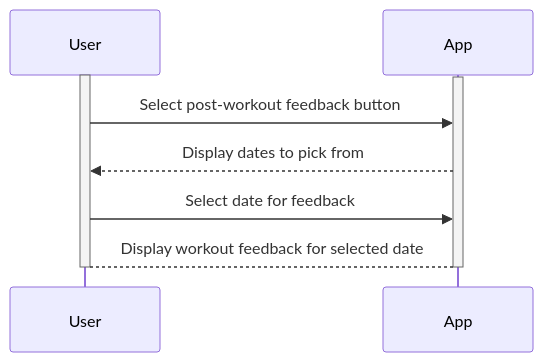
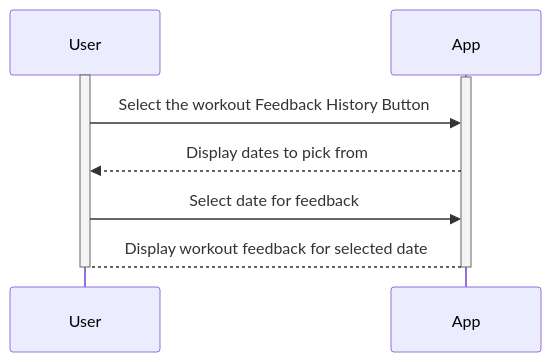
Before and after one commit to Capstone-Projects-2024-Spring/project-smartweights: the eighth of 12 diagrams in documentation/docs/system-architecture/sequence-diagrams.md, drawn with Mermaid. The commit also changed other lines of this file, not shown here.

````diff
--- a/documentation/docs/system-architecture/sequence-diagrams.md
+++ b/documentation/docs/system-architecture/sequence-diagrams.md
@@ -345,19 +253,19 @@
 ```mermaid 
 sequenceDiagram
     participant User
     participant App
 
     activate User
     activate App
 
-    User->>App: Select post-workout feedback button
+    User->>App: Select the workout Feedback History Button
     App-->>User: Display dates to pick from 
     User->>App: Select date for feedback
     App-->User: Display workout feedback for selected date
 
     deactivate User
     deactivate App
 
 
     
 ```
````
